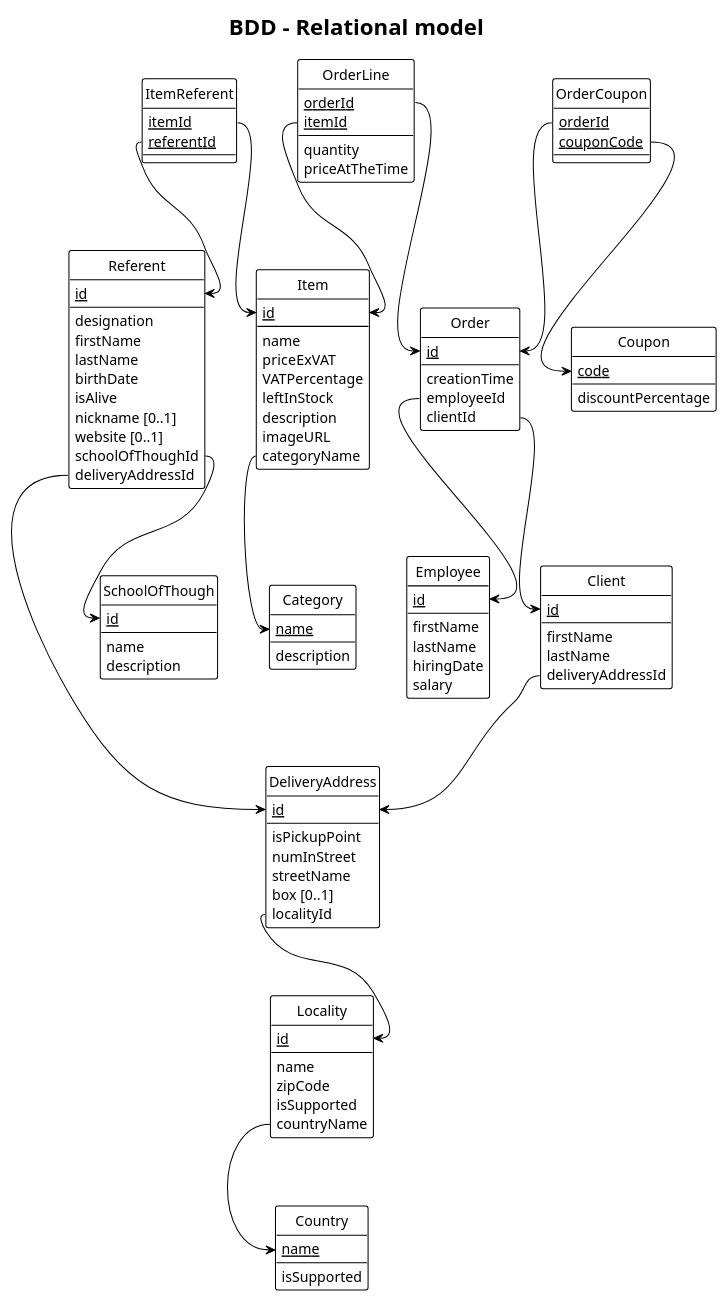
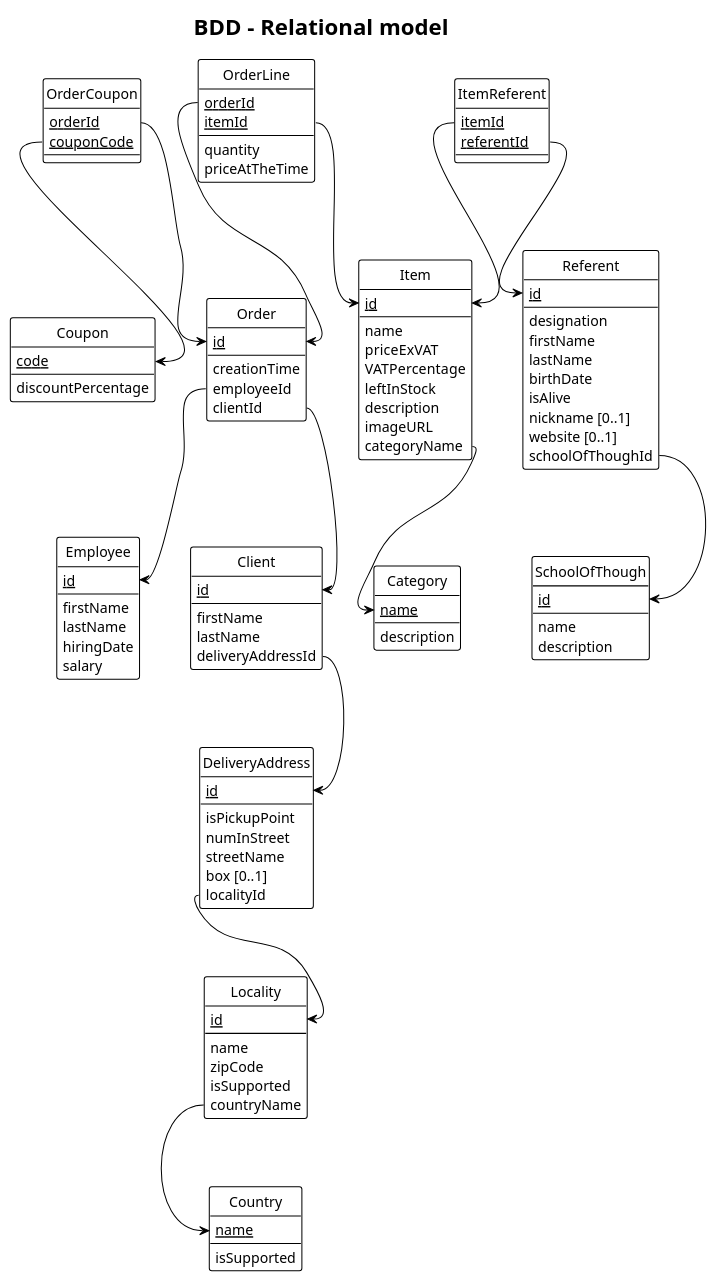
The diagram in puml/relational_DB_model.puml (Keaexe/advanced_POO), drawn with PlantUML before and after one commit. The commit also changed 2 other files, not shown here.

Commit message:
Removed assiociation between DeliveryAdress and Referant

```diff
--- a/puml/relational_DB_model.puml
+++ b/puml/relational_DB_model.puml
@@ -1,131 +1,129 @@
 @startuml BDD - Relational model
 title BDD - Relational model
 !theme plain
 hide circle
 
 entity Item{
   <u>id</u>
   --
   name
   priceExVAT
   VATPercentage
   leftInStock
   description
   imageURL
   categoryName
 }
 entity Category{
   <u>name</u>
   --
   description
 }
 entity Referent{
   <u>id</u>
   --
   designation
   firstName
   lastName
   birthDate
   isAlive 
   nickname [0..1]
   website [0..1]
   schoolOfThoughId
-  deliveryAddressId
 }
 entity SchoolOfThough{
   <u>id</u>
   --
   name
   description
 }
 entity Order{
   <u>id</u>
   --
   creationTime
   employeeId
   clientId
 }
 entity Client{
   <u>id</u>
   --
   firstName
   lastName
   deliveryAddressId
 }
 entity OrderLine{
   <u>orderId</u>
   <u>itemId</u>
   --
   quantity
   priceAtTheTime
 }
 
 
 entity Coupon{
   <u>code</u>
   --
   discountPercentage
 }
 
 entity Employee{
   <u>id</u>
   --
   firstName
   lastName
   hiringDate
   salary
 }
 entity Country{
   <u>name</u>
   --
   isSupported 
 }
 entity Locality{
   <u>id</u>
   --
   name
   zipCode
   isSupported 
   countryName
 }
 entity DeliveryAddress{
   <u>id</u>
   --
   isPickupPoint 
   numInStreet
   streetName
   box [0..1]
   localityId
 }
 
 entity OrderCoupon{
   <u>orderId</u>
   <u>couponCode</u>
 }
 entity ItemReferent{
   <u>itemId</u>
   <u>referentId</u>
 }
 
 Item::categoryName --> Category::name
 
 Referent::schoolOfThoughId --> SchoolOfThough::id
-Referent::deliveryAddressId --> DeliveryAddress::id
 
 Order::employeeId --> Employee::id
 Order::clientId --> Client::id
 
 Client::deliveryAddressId --> DeliveryAddress::id
 
 OrderLine::orderId --> Order::id
 OrderLine::itemId --> Item::id
 
 Locality::countryName --> Country::name
 DeliveryAddress::localityId --> Locality::id
 
 OrderCoupon::orderId --> Order::id
 OrderCoupon::couponCode --> Coupon::code
 
 ItemReferent::itemId --> Item::id
 ItemReferent::referentId --> Referent::id
 @enduml
```
